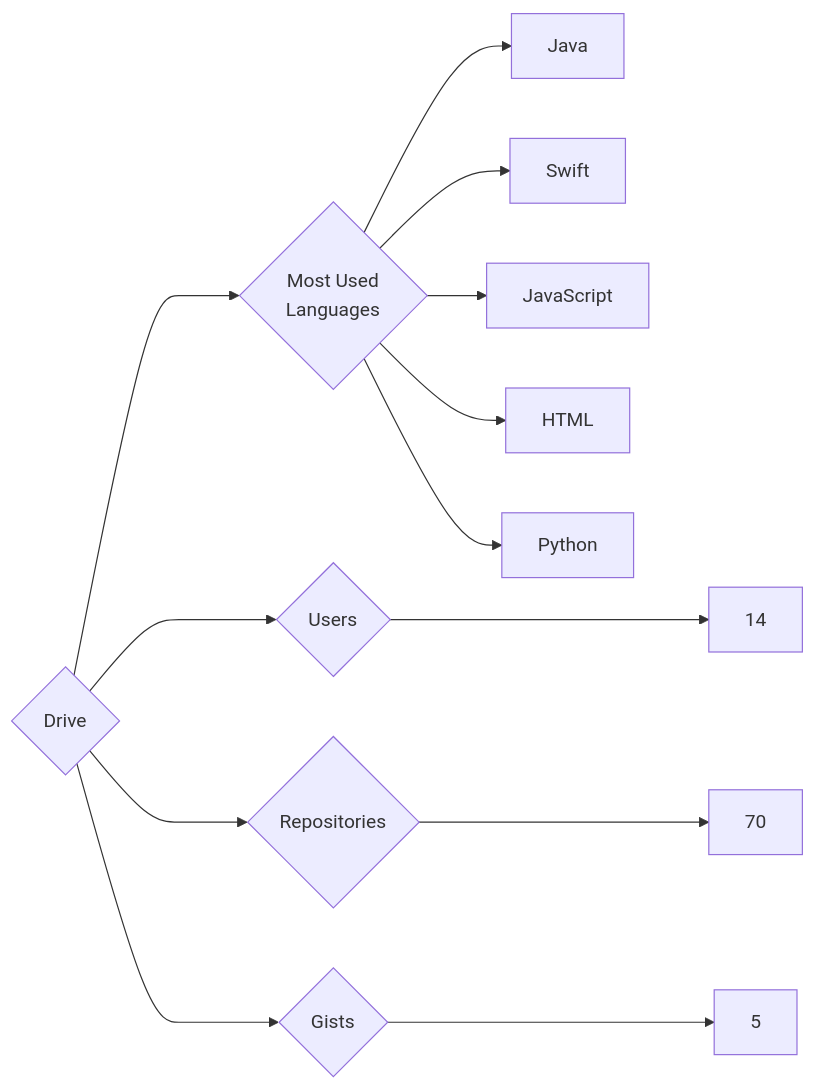
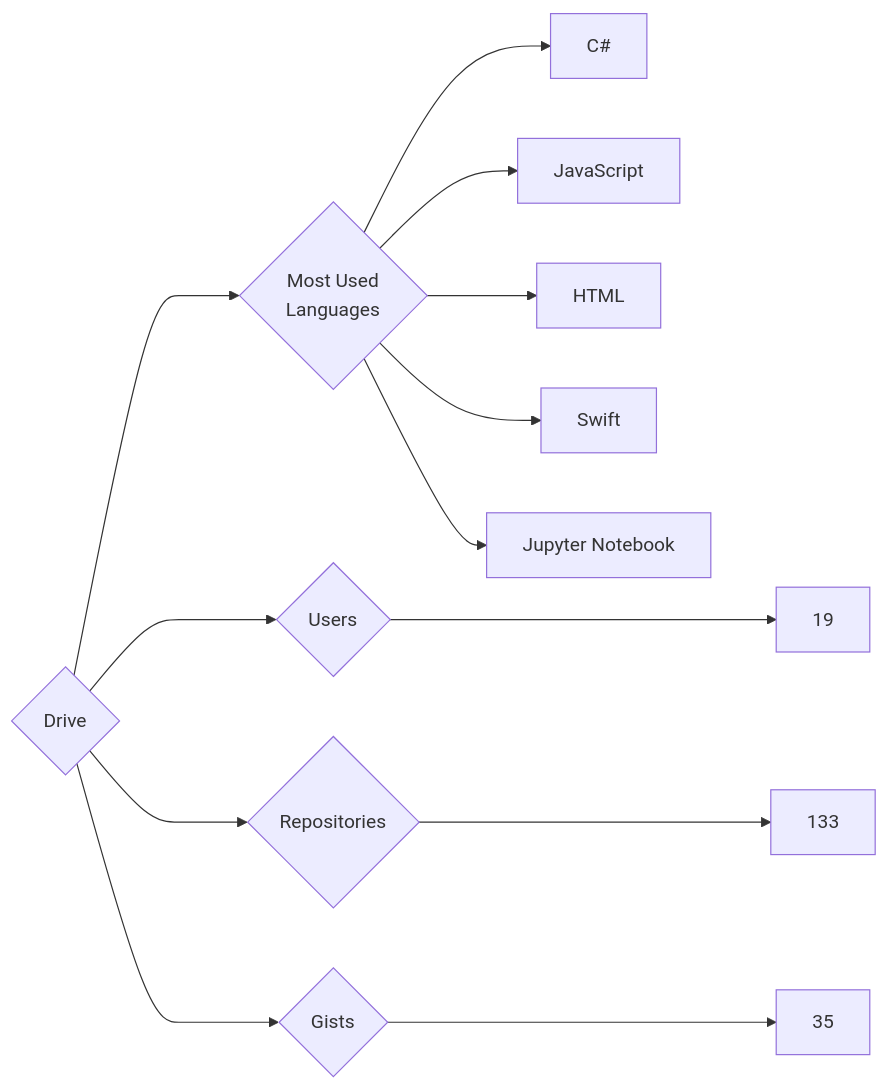
Before and after one commit to trickest/insiders: the diagram in targets/Drive/README.md, drawn with Mermaid. The commit also changed 845 other files, not shown here.

````diff
--- a/targets/Drive/README.md
+++ b/targets/Drive/README.md
@@ -3,13 +3,13 @@
 ```mermaid
 graph LR
 COMPANY_NAME{Drive}
-COMPANY_NAME ---> U{Users} ---> UN[14]
-COMPANY_NAME ---> R{Repositories} ---> RN[70]
-COMPANY_NAME ---> G{Gists} ---> GN[5]
+COMPANY_NAME ---> U{Users} ---> UN[19]
+COMPANY_NAME ---> R{Repositories} ---> RN[133]
+COMPANY_NAME ---> G{Gists} ---> GN[35]
 COMPANY_NAME ---> ML{Most Used<br>Languages}
-ML --> Java[Java]
-ML --> Swift[Swift]
+ML --> C#[C#]
 ML --> JavaScript[JavaScript]
 ML --> HTML[HTML]
-ML --> Python[Python]
+ML --> Swift[Swift]
+ML --> Jupyter_Notebook[Jupyter Notebook]
 ```
````
